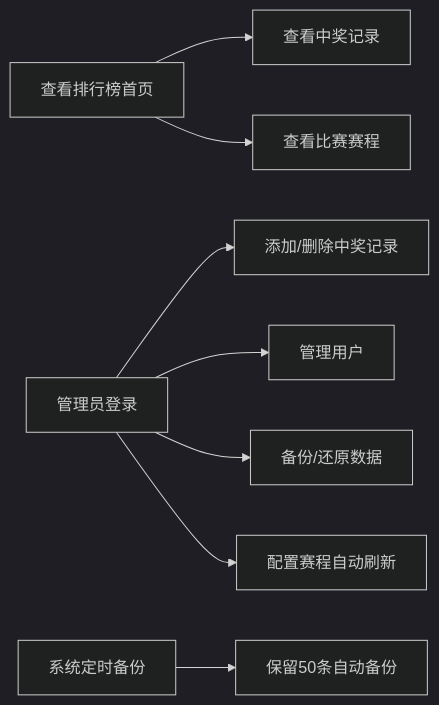
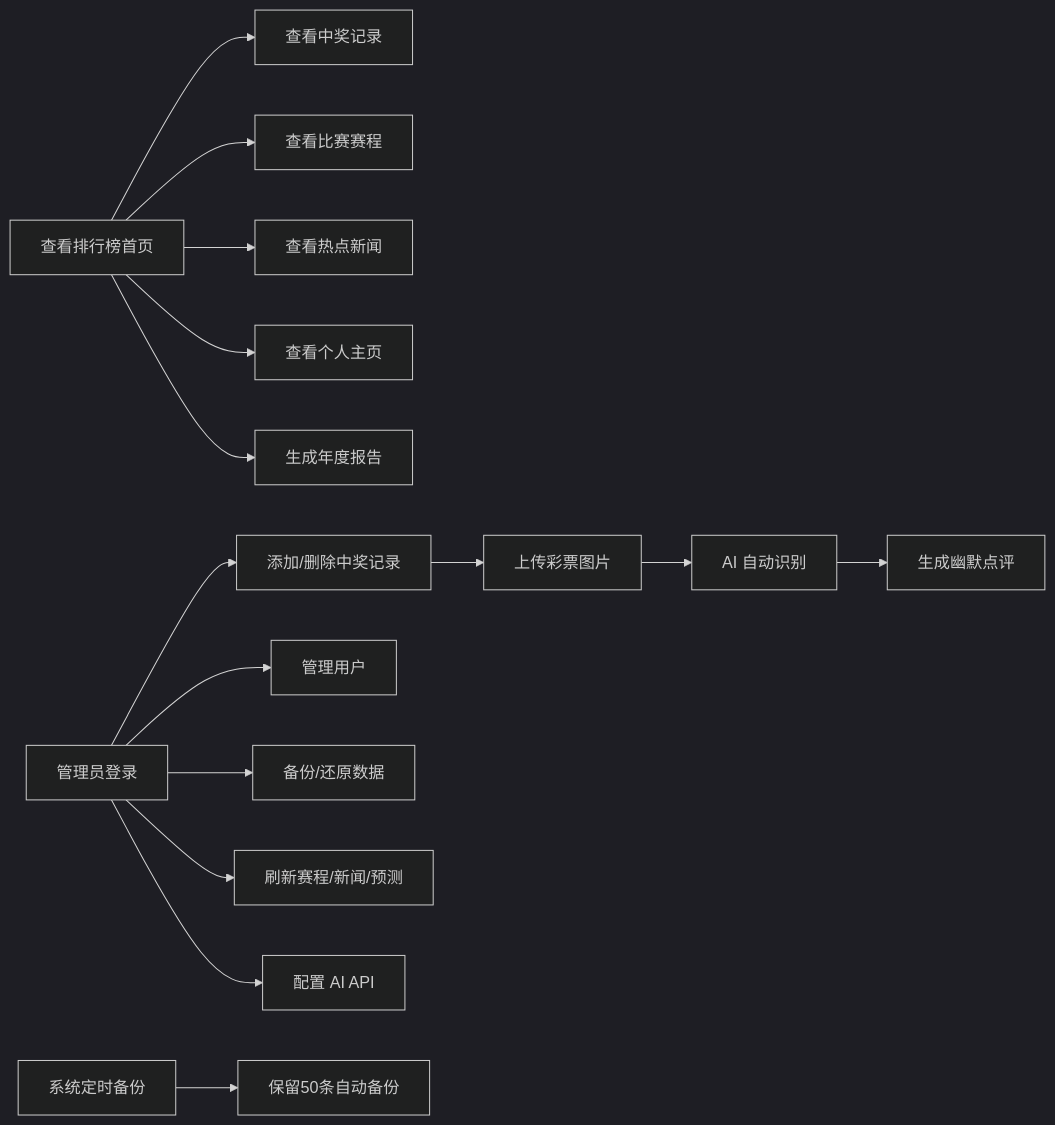
Before and after one commit to x1ngodlike/ranking-website: the diagram in .trae/documents/PRD-世界杯体彩收支统计排行榜.md, drawn with Mermaid (dark theme). The commit also changed other lines of this file and 44 other files, not shown here.

````diff
--- a/.trae/documents/PRD-世界杯体彩收支统计排行榜.md
+++ b/.trae/documents/PRD-世界杯体彩收支统计排行榜.md
@@ -51,10 +65,17 @@
 ```mermaid
 flowchart LR
     A["查看排行榜首页"] --> B["查看中奖记录"]
     A --> C["查看比赛赛程"]
+    A --> N["查看热点新闻"]
+    A --> P["查看个人主页"]
+    A --> R["生成年度报告"]
     D["管理员登录"] --> E["添加/删除中奖记录"]
     D --> F["管理用户"]
     D --> G["备份/还原数据"]
-    D --> H["配置赛程自动刷新"]
-    I["系统定时备份"] --> J["保留50条自动备份"]
+    D --> H["刷新赛程/新闻/预测"]
+    D --> I["配置 AI API"]
+    E --> J["上传彩票图片"]
+    J --> K["AI 自动识别"]
+    K --> L["生成幽默点评"]
+    M["系统定时备份"] --> O["保留50条自动备份"]
 ```
````
